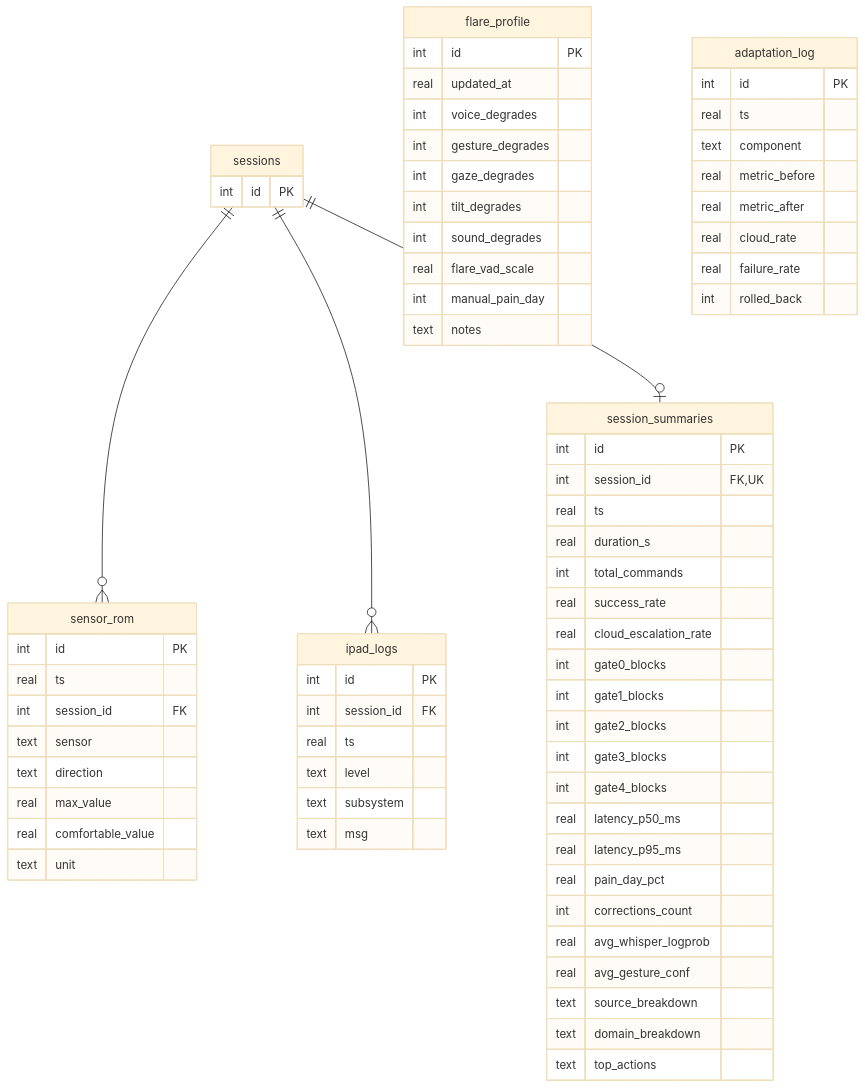
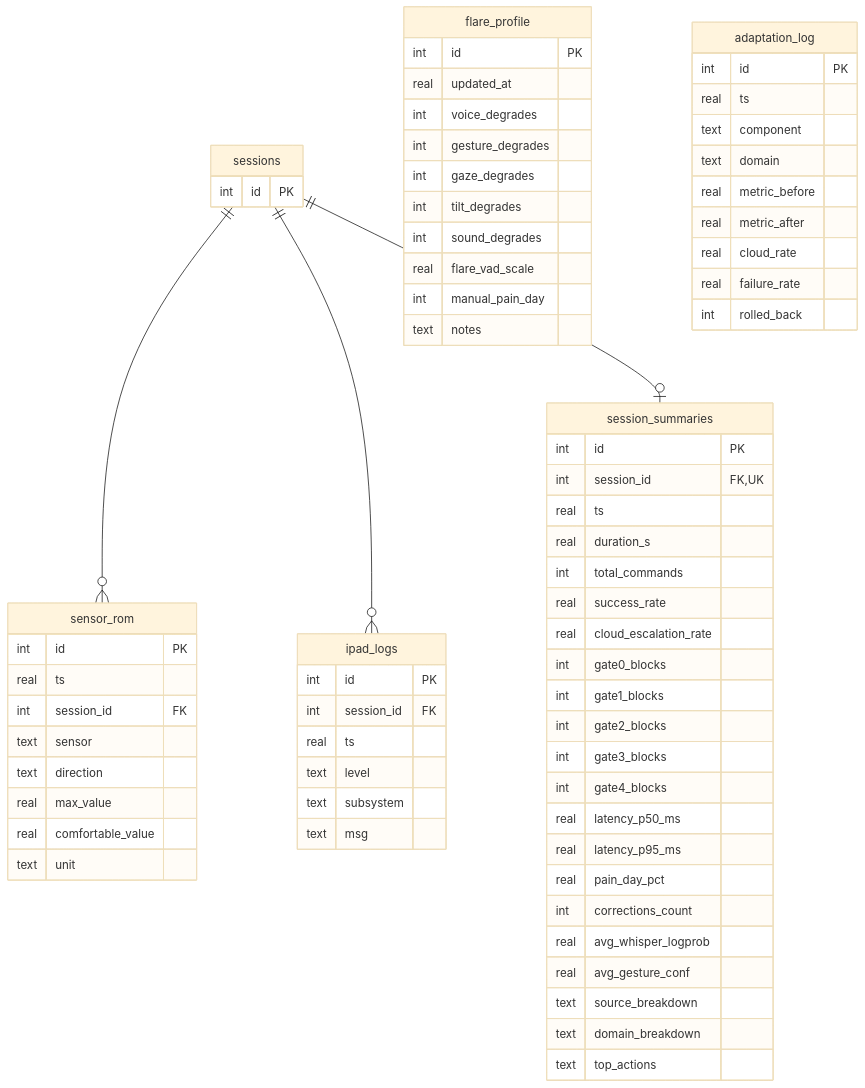
Before and after one commit to Bradly187/Personal-Desktop-Agent: the seventh of 9 diagrams in docs/architecture/database-design.md, drawn with Mermaid (base theme). The commit also changed other lines of this file, not shown here.

First line of the commit message:
docs(db): refresh ER diagrams to 30 tables + add goal_queue

````diff
--- a/docs/architecture/database-design.md
+++ b/docs/architecture/database-design.md
@@ -517,70 +531,71 @@
 ```mermaid
 erDiagram
     sessions ||--o{ sensor_rom : ""
     sessions ||--o{ ipad_logs : ""
     sessions ||--o| session_summaries : ""
     sessions { int id PK }
     sensor_rom {
         int id PK
         real ts
         int session_id FK
         text sensor
         text direction
         real max_value
         real comfortable_value
         text unit
     }
     flare_profile {
         int id PK
         real updated_at
         int voice_degrades
         int gesture_degrades
         int gaze_degrades
         int tilt_degrades
         int sound_degrades
         real flare_vad_scale
         int manual_pain_day
         text notes
     }
     ipad_logs {
         int id PK
         int session_id FK
         real ts
         text level
         text subsystem
         text msg
     }
     adaptation_log {
         int id PK
         real ts
         text component
+        text domain
         real metric_before
         real metric_after
         real cloud_rate
         real failure_rate
         int rolled_back
     }
     session_summaries {
         int id PK
         int session_id FK,UK
         real ts
         real duration_s
         int total_commands
         real success_rate
         real cloud_escalation_rate
         int gate0_blocks
         int gate1_blocks
         int gate2_blocks
         int gate3_blocks
         int gate4_blocks
         real latency_p50_ms
         real latency_p95_ms
         real pain_day_pct
         int corrections_count
         real avg_whisper_logprob
         real avg_gesture_conf
         text source_breakdown
         text domain_breakdown
         text top_actions
     }
 ```
````
